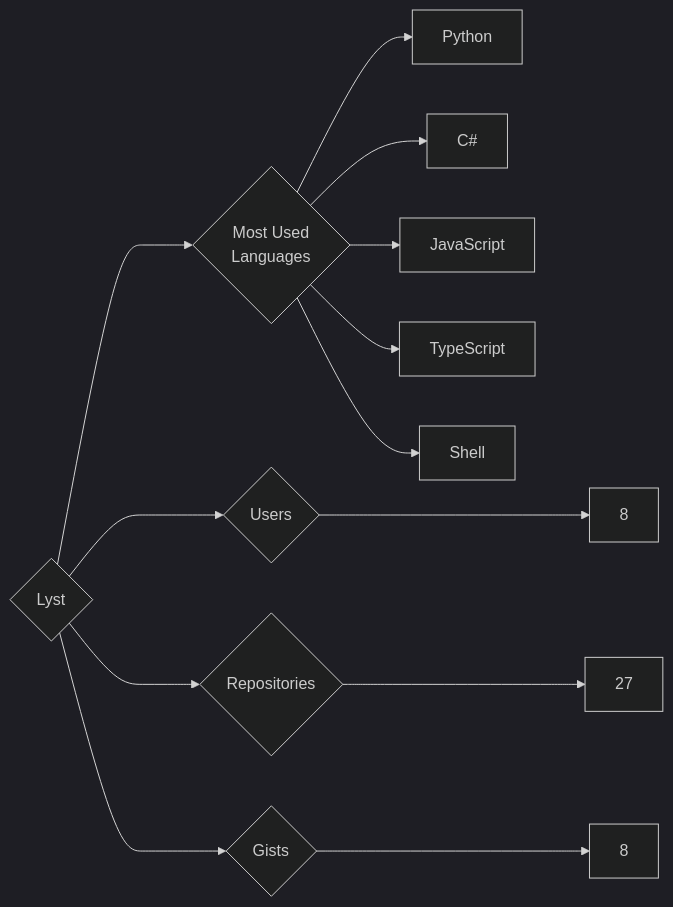
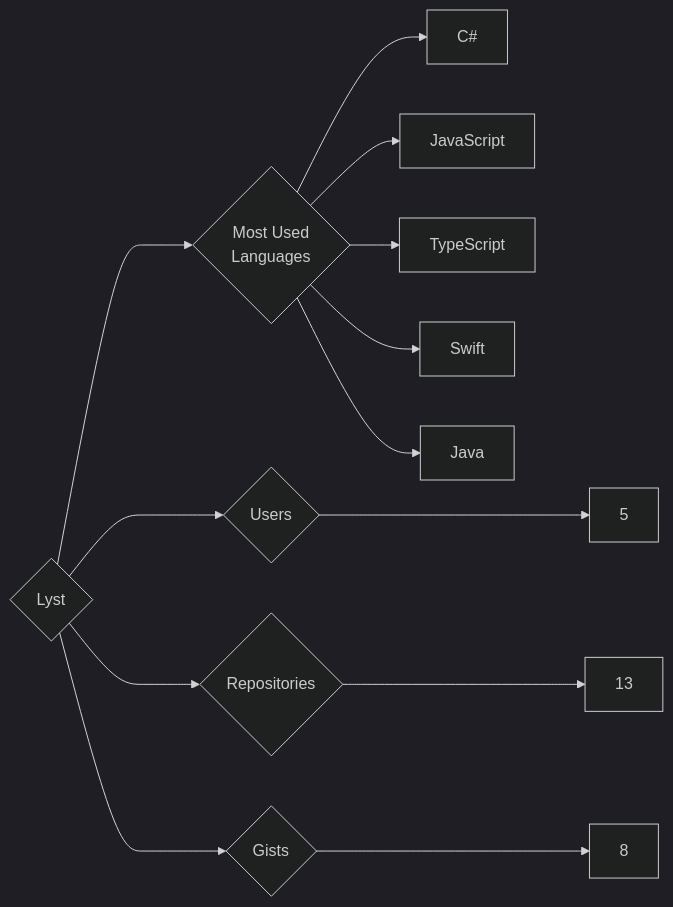
The diagram in targets/Lyst/README.md (trickest/insiders), drawn with Mermaid (dark theme) before and after one commit. The commit also changed 757 other files, not shown here.

````diff
--- a/targets/Lyst/README.md
+++ b/targets/Lyst/README.md
@@ -3,13 +3,13 @@
 ```mermaid
 graph LR
 COMPANY_NAME{Lyst}
-COMPANY_NAME ---> U{Users} ---> UN[8]
-COMPANY_NAME ---> R{Repositories} ---> RN[27]
+COMPANY_NAME ---> U{Users} ---> UN[5]
+COMPANY_NAME ---> R{Repositories} ---> RN[13]
 COMPANY_NAME ---> G{Gists} ---> GN[8]
 COMPANY_NAME ---> ML{Most Used<br>Languages}
-ML --> Python[Python]
 ML --> C#[C#]
 ML --> JavaScript[JavaScript]
 ML --> TypeScript[TypeScript]
-ML --> Shell[Shell]
+ML --> Swift[Swift]
+ML --> Java[Java]
 ```
````
